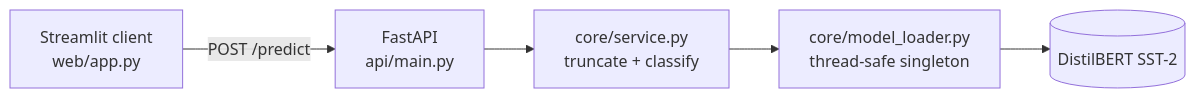
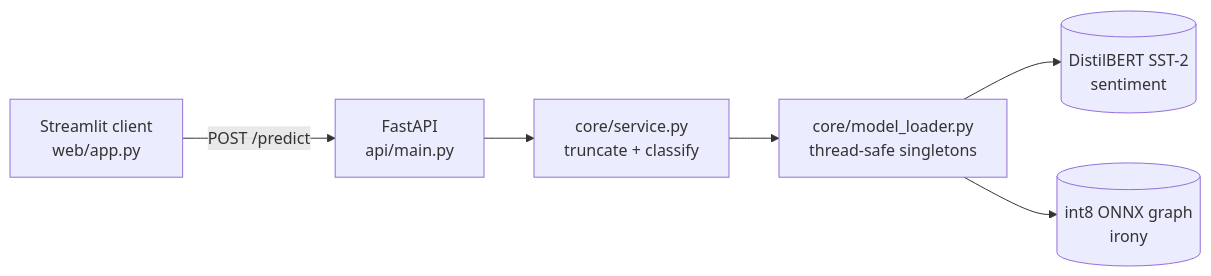
Before and after one commit to jorgeasmz/NLP-Sentiment-Analysis: the diagram in README.md, drawn with Mermaid. The commit also changed other lines of this file, not shown here.

Commit message:
docs: Report irony results, calibration and the runtime comparison

````diff
--- a/README.md
+++ b/README.md
@@ -24,7 +26,8 @@
 ```mermaid
 flowchart LR
     UI["Streamlit client<br/>web/app.py"] -->|"POST /predict"| API["FastAPI<br/>api/main.py"]
     API --> SVC["core/service.py<br/>truncate + classify"]
-    SVC --> LOADER["core/model_loader.py<br/>thread-safe singleton"]
-    LOADER --> HF[("DistilBERT SST-2")]
+    SVC --> LOADER["core/model_loader.py<br/>thread-safe singletons"]
+    LOADER --> HF[("DistilBERT SST-2<br/>sentiment")]
+    LOADER --> ONNX[("int8 ONNX graph<br/>irony")]
 ```
````
